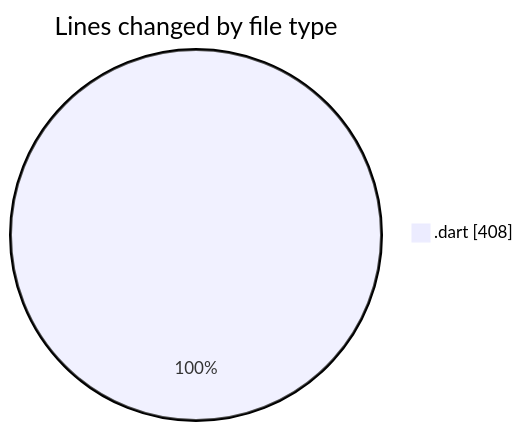
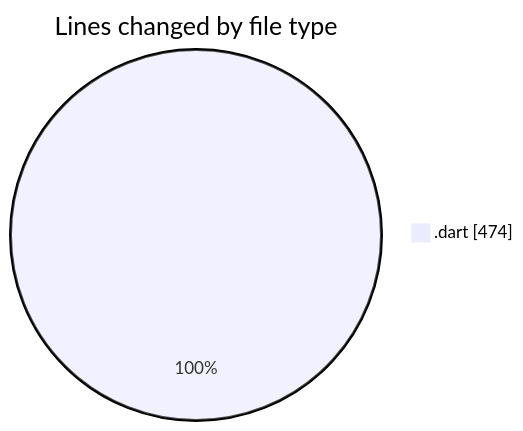
The first of 2 diagrams in 2025-02-25/trackers_app/README.md (donsfak/code-tracking), drawn with Mermaid before and after one commit. The commit also changed other lines of this file and 1 other file, not shown here.

````diff
--- a/2025-02-25/trackers_app/README.md
+++ b/2025-02-25/trackers_app/README.md
@@ -22,5 +22,5 @@
 ```mermaid
 pie showData
 title Lines changed by file type
-".dart" : 408
+".dart" : 474
 ```
````
